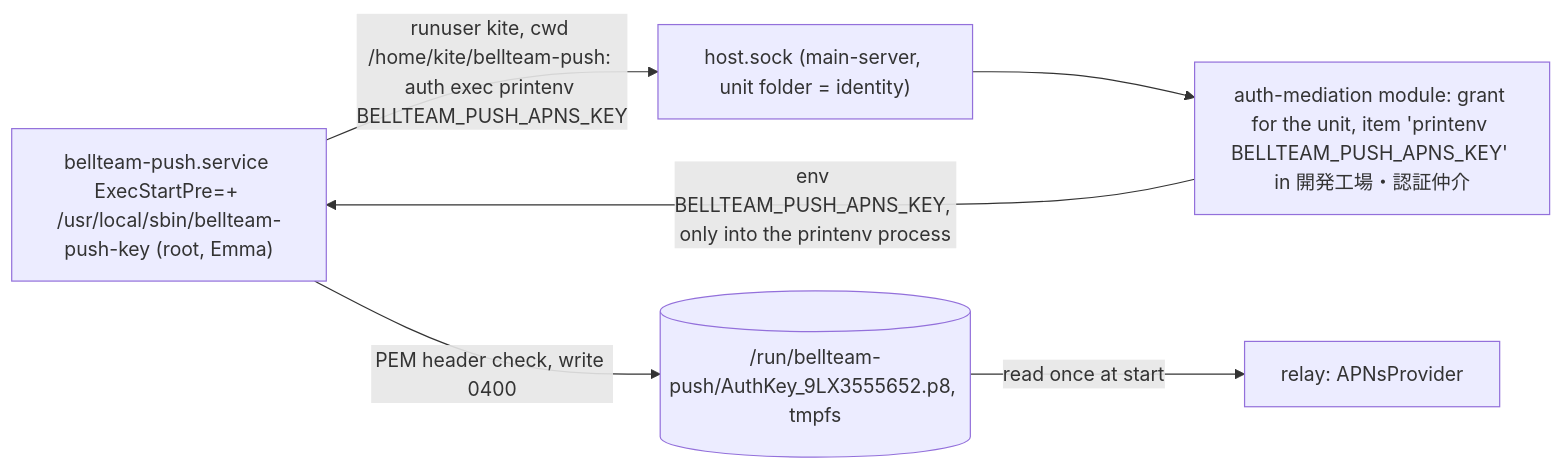
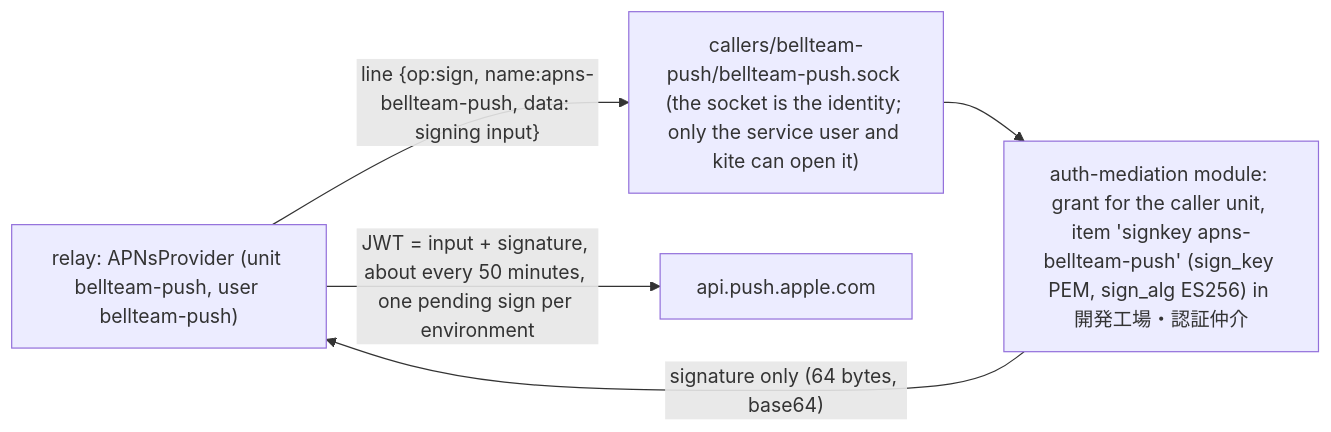
The second of 2 diagrams in services/notifications/README.md (kitepon/BellTeam), drawn with Mermaid before and after one commit. The commit also changed other lines of this file and 8 other files, not shown here.

First line of the commit message:
bellteam-push signs its APNs JWT through the auth module's caller socket; the relay holds no key

````diff
--- a/services/notifications/README.md
+++ b/services/notifications/README.md
@@ -38,8 +38,7 @@
 ```mermaid
 flowchart LR
-  U["bellteam-push.service ExecStartPre=+ /usr/local/sbin/bellteam-push-key (root, Emma)"] -->|"runuser kite, cwd /home/kite/bellteam-push: auth exec printenv BELLTEAM_PUSH_APNS_KEY"| H["host.sock (main-server, unit folder = identity)"]
-  H --> M["auth-mediation module: grant for the unit, item 'printenv BELLTEAM_PUSH_APNS_KEY' in 開発工場・認証仲介"]
-  M -->|"env BELLTEAM_PUSH_APNS_KEY, only into the printenv process"| U
-  U -->|"PEM header check, write 0400"| T[("/run/bellteam-push/AuthKey_9LX3555652.p8, tmpfs")]
-  T -->|"read once at start"| R["relay: APNsProvider"]
+  R["relay: APNsProvider (unit bellteam-push, user bellteam-push)"] -->|"line {op:sign, name:apns-bellteam-push, data: signing input}"| H["callers/bellteam-push/bellteam-push.sock (the socket is the identity; only the service user and kite can open it)"]
+  H --> M["auth-mediation module: grant for the caller unit, item 'signkey apns-bellteam-push' (sign_key PEM, sign_alg ES256) in 開発工場・認証仲介"]
+  M -->|"signature only (64 bytes, base64)"| R
+  R -->|"JWT = input + signature, about every 50 minutes, one pending sign per environment"| A["api.push.apple.com"]
 ```
````
